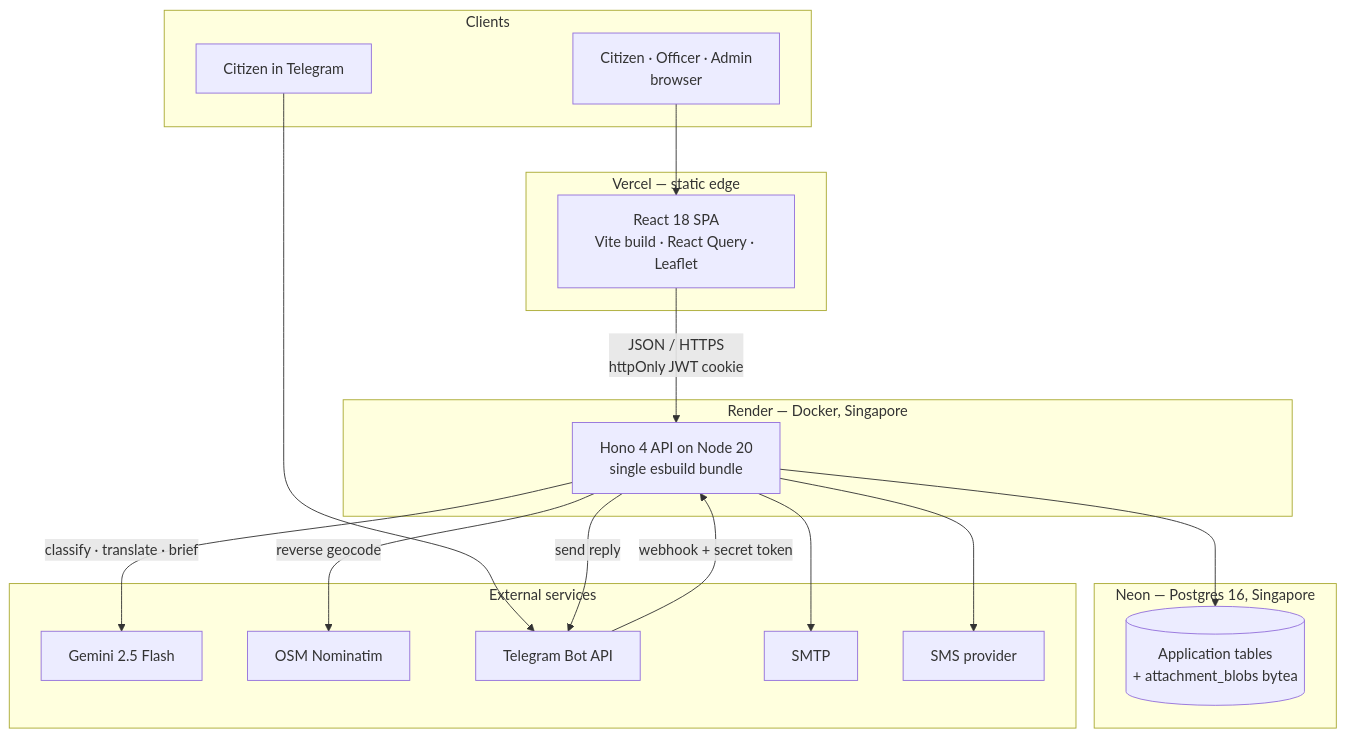
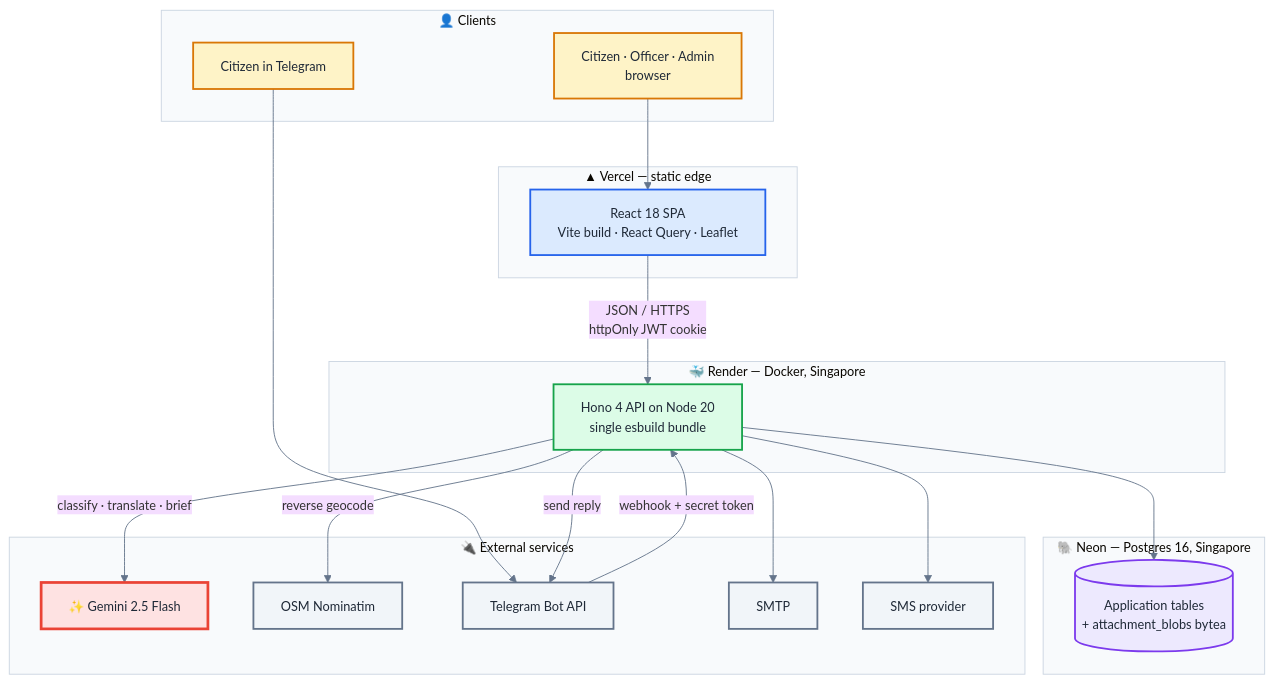
The first of 7 diagrams in README.md (khushboocodes/Nivaran), drawn with Mermaid before and after one commit. The commit also changed other lines of this file, not shown here.

First line of the commit message:
docs(readme): colour the diagrams, document every Google call site, expand history

````diff
--- a/README.md
+++ b/README.md
@@ -194,38 +291,53 @@
 ```mermaid
+%%{init: {'theme':'base','themeVariables':{'fontSize':'14px','lineColor':'#64748b','clusterBkg':'#f8fafc','clusterBorder':'#cbd5e1'}}}%%
 graph TB
-    subgraph clients["Clients"]
+    subgraph clients["👤 Clients"]
         BROWSER["Citizen · Officer · Admin<br/>browser"]
         TG["Citizen in Telegram"]
     end
 
-    subgraph vercel["Vercel — static edge"]
+    subgraph vercel["▲ Vercel — static edge"]
         SPA["React 18 SPA<br/>Vite build · React Query · Leaflet"]
     end
 
-    subgraph render["Render — Docker, Singapore"]
+    subgraph render["🐳 Render — Docker, Singapore"]
         API["Hono 4 API on Node 20<br/>single esbuild bundle"]
     end
 
-    subgraph neon["Neon — Postgres 16, Singapore"]
+    subgraph neon["🐘 Neon — Postgres 16, Singapore"]
         PG[("Application tables<br/>+ attachment_blobs bytea")]
     end
 
-    subgraph ext["External services"]
-        GEM["Gemini 2.5 Flash"]
+    subgraph ext["🔌 External services"]
+        GEM["✨ Gemini 2.5 Flash"]
         NOM["OSM Nominatim"]
         TGAPI["Telegram Bot API"]
         MAIL["SMTP"]
         SMSP["SMS provider"]
     end
 
     BROWSER --> SPA
     SPA -->|"JSON / HTTPS<br/>httpOnly JWT cookie"| API
     TG --> TGAPI
     TGAPI -->|"webhook + secret token"| API
     API --> PG
     API -->|"classify · translate · brief"| GEM
     API -->|"reverse geocode"| NOM
     API -->|"send reply"| TGAPI
     API --> MAIL
     API --> SMSP
+
+    classDef actor fill:#fef3c7,stroke:#d97706,stroke-width:2px,color:#1f2937
+    classDef web fill:#dbeafe,stroke:#2563eb,stroke-width:2px,color:#1f2937
+    classDef api fill:#dcfce7,stroke:#16a34a,stroke-width:2px,color:#1f2937
+    classDef store fill:#ede9fe,stroke:#7c3aed,stroke-width:2px,color:#1f2937
+    classDef google fill:#fee2e2,stroke:#ea4335,stroke-width:3px,color:#1f2937
+    classDef third fill:#f1f5f9,stroke:#64748b,stroke-width:2px,color:#1f2937
+
+    class BROWSER,TG actor
+    class SPA web
+    class API api
+    class PG store
+    class GEM google
+    class NOM,TGAPI,MAIL,SMSP third
 ```
````
